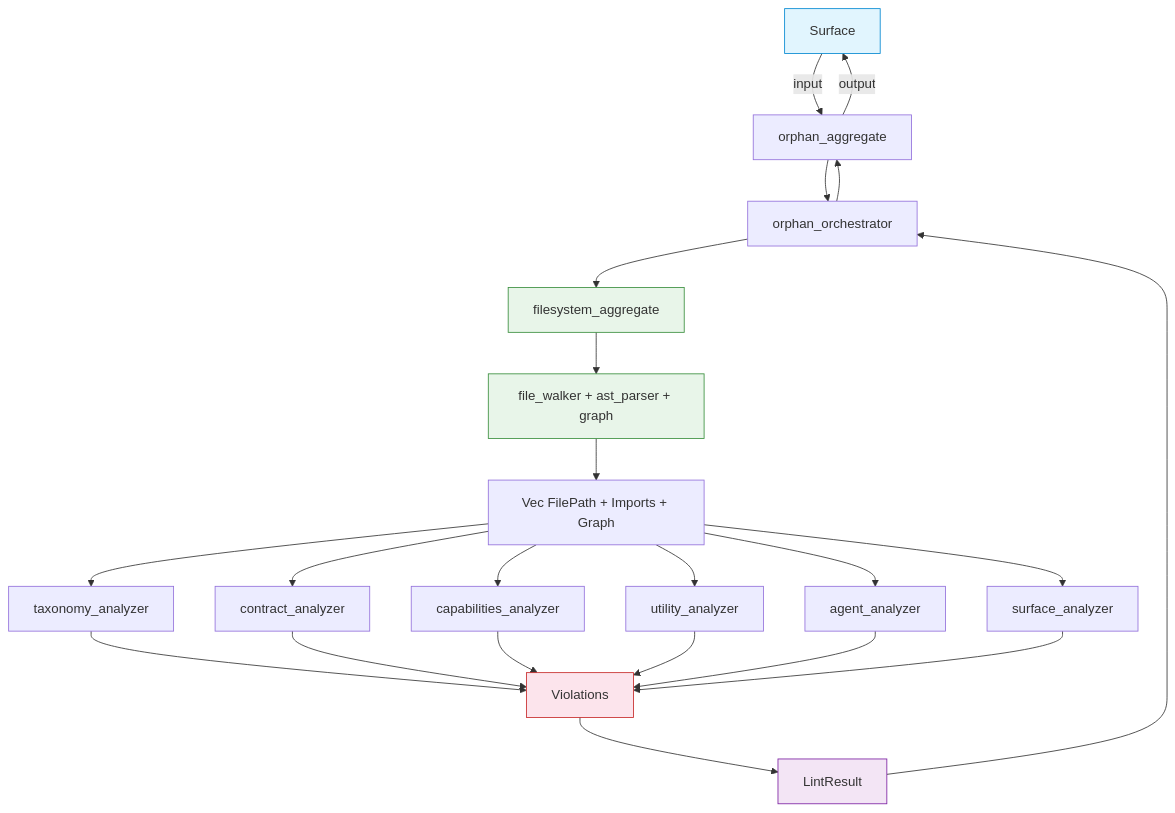
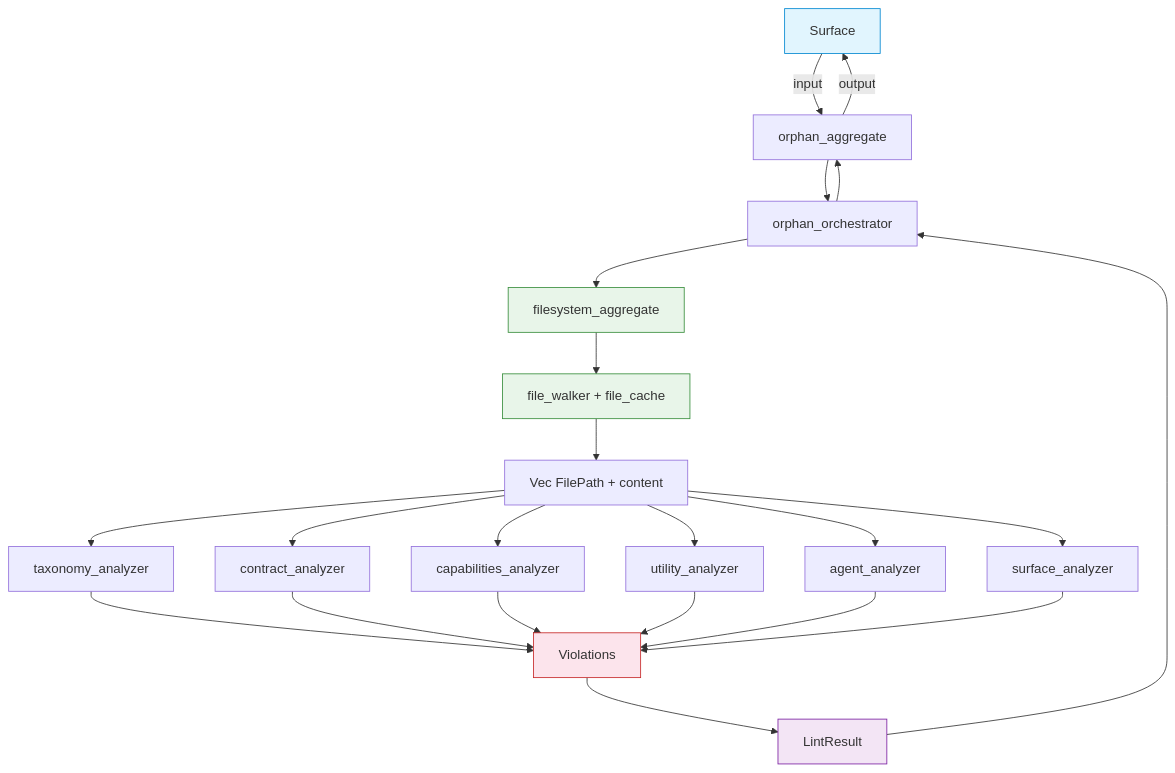
One commit to rakaarwaky/lint-arwaky changed the diagram in crates/orphan-detector/FRD.md. Above: the diagram before and after it, drawn with Mermaid. The commit also changed 2 other files, not shown here.

Commit message:
fix: all FRD mermaids — correct filesystem capabilities usage
Each rule crate only needs what it actually uses:
- naming-rules: file_walker only (no content reading)
- import-rules: file_walker + file_cache (reads content)
- role-rules: file_walker + file_cache (reads content)
- orphan-detector: file_walker + file_cache (reads content)
- code-analysis: file_walker + file_cache (reads content)

Removed incorrect ast_parser, import_extractor, graph references

````diff
--- a/crates/orphan-detector/FRD.md
+++ b/crates/orphan-detector/FRD.md
@@ -9,30 +9,30 @@
 ```mermaid
 flowchart TD
     A["Surface"] -->|input| B["orphan_aggregate"]
     B --> C["orphan_orchestrator"]
     C --> D["filesystem_aggregate"]
-    D --> E["file_walker + ast_parser + graph"]
-    E --> G["Vec FilePath + Imports + Graph"]
+    D --> E["file_walker + file_cache"]
+    E --> G["Vec FilePath + content"]
     G --> H1["taxonomy_analyzer"]
     G --> H2["contract_analyzer"]
     G --> H3["capabilities_analyzer"]
     G --> H4["utility_analyzer"]
     G --> H5["agent_analyzer"]
     G --> H6["surface_analyzer"]
     H1 --> I["Violations"]
     H2 --> I
     H3 --> I
     H4 --> I
     H5 --> I
     H6 --> I
     I --> J["LintResult"]
     J --> C
     C --> B
     B -->|output| A
 
     style A fill:#e1f5fe,stroke:#0288d1
     style D fill:#e8f5e9,stroke:#388e3c
     style E fill:#e8f5e9,stroke:#388e3c
     style I fill:#fce4ec,stroke:#c62828
     style J fill:#f3e5f5,stroke:#7b1fa2
 ```
````
